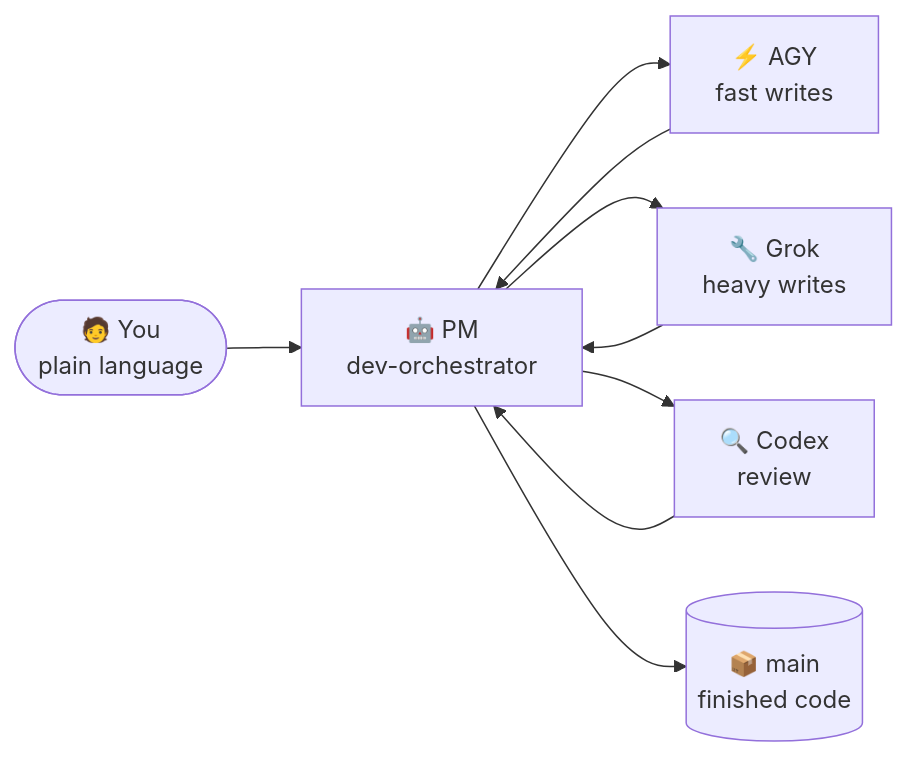
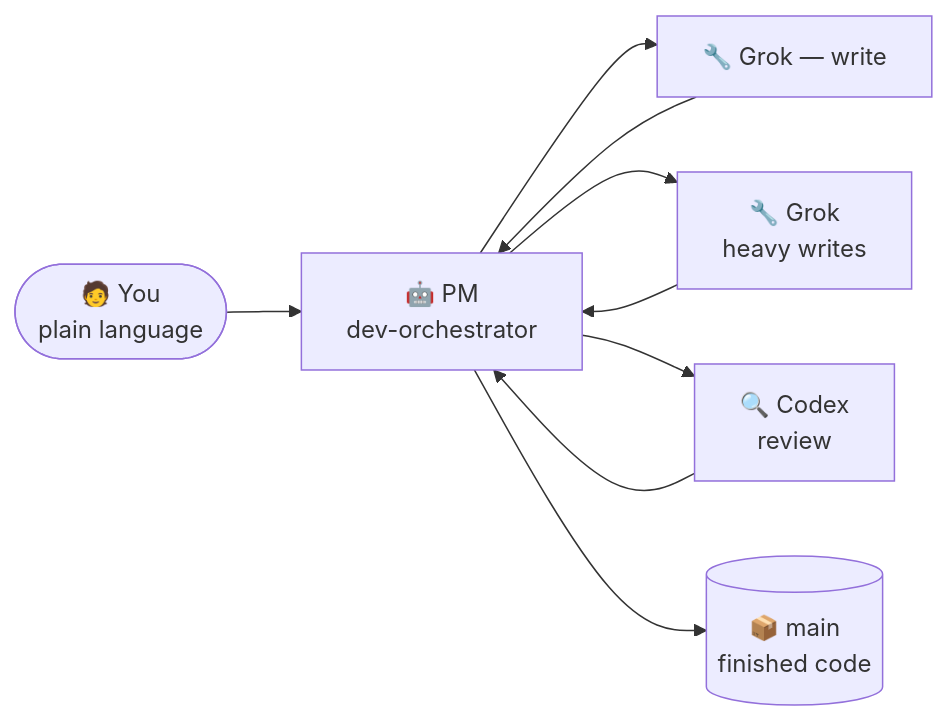
One commit to VKirill/claude-lane-stack changed the diagram in docs/BEGINNER.md. Above: the diagram before and after it, drawn with Mermaid. The commit also changed other lines of this file and 57 other files, not shown here.

First line of the commit message:
feat(lanes): Grok-only write + progressive MODE defaults

````diff
--- a/docs/BEGINNER.md
+++ b/docs/BEGINNER.md
@@ -20,11 +20,11 @@
 ```mermaid
 flowchart LR
     You(["🧑 You<br/>plain language"]) --> PM["🤖 PM<br/>dev-orchestrator"]
-    PM --> W1["⚡ AGY<br/>fast writes"]
+    PM --> W1["🔧 Grok — write"]
     PM --> W2["🔧 Grok<br/>heavy writes"]
     PM --> W3["🔍 Codex<br/>review"]
     W1 --> PM
     W2 --> PM
     W3 --> PM
     PM --> Main[("📦 main<br/>finished code")]
 ```
````
